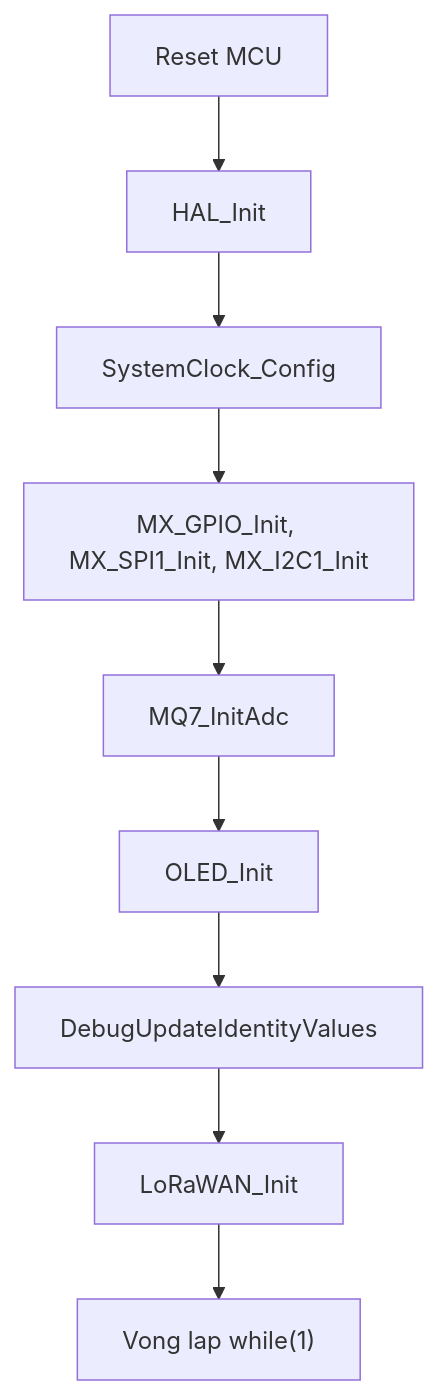
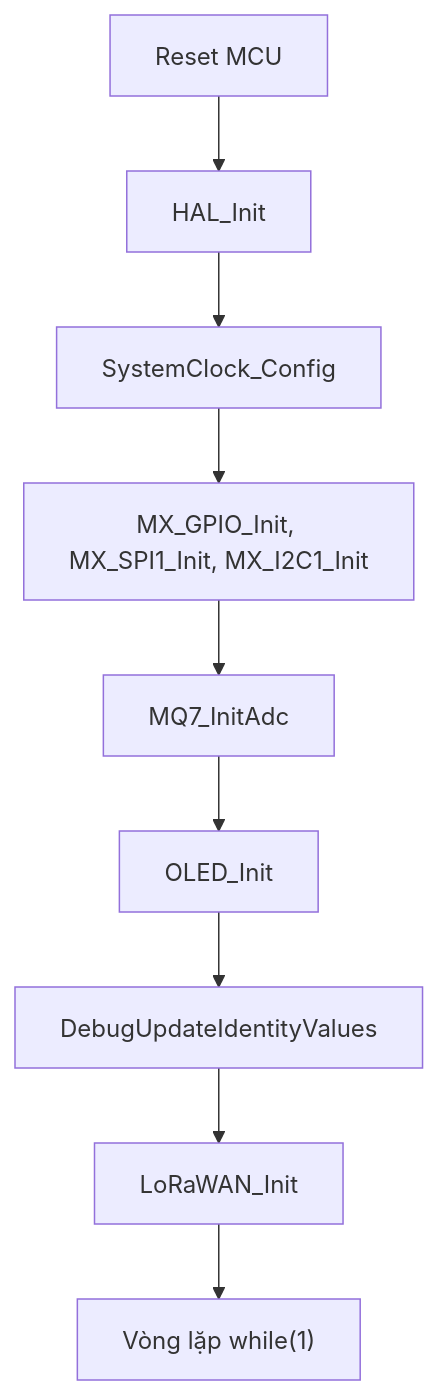
The second of 8 diagrams in docs/bao-cao-thuyet-minh-lorawan-node.md (vuongpq/lorawan-node-f401), drawn with Mermaid before and after one commit. The commit also changed other lines of this file, not shown here.

````diff
--- a/docs/bao-cao-thuyet-minh-lorawan-node.md
+++ b/docs/bao-cao-thuyet-minh-lorawan-node.md
@@ -100,11 +100,11 @@
 ```mermaid
 flowchart TD
     A[Reset MCU] --> B[HAL_Init]
     B --> C[SystemClock_Config]
     C --> D[MX_GPIO_Init, MX_SPI1_Init, MX_I2C1_Init]
     D --> E[MQ7_InitAdc]
     E --> F[OLED_Init]
     F --> G[DebugUpdateIdentityValues]
     G --> H[LoRaWAN_Init]
-  H --> I["Vong lap while(1)"]
+  H --> I["Vòng lặp while(1)"]
 ```
````
